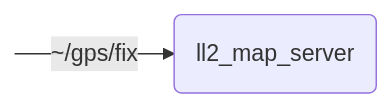
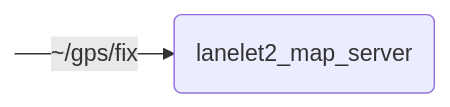
The diagram in lanelet2_map_server/README.md (openads-project/lanelet2_map_server), drawn with Mermaid before and after one commit. The commit also changed other lines of this file and 9 other files, not shown here.

````diff
--- a/lanelet2_map_server/README.md
+++ b/lanelet2_map_server/README.md
@@ -9,6 +9,6 @@
 ```mermaid
 flowchart LR
-    NODE("ll2_map_server")
+    NODE("lanelet2_map_server")
     S0:::hidden -->|~/gps/fix| NODE
     classDef hidden display: none;
 ```
````
